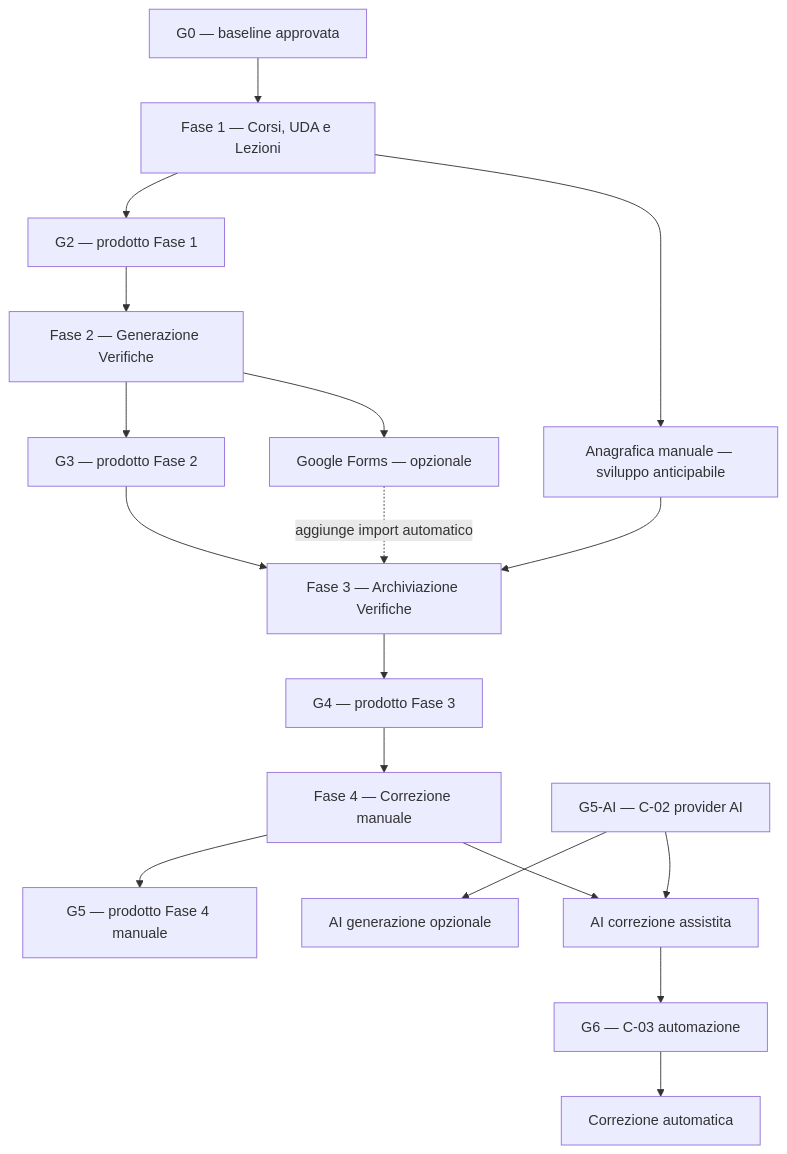
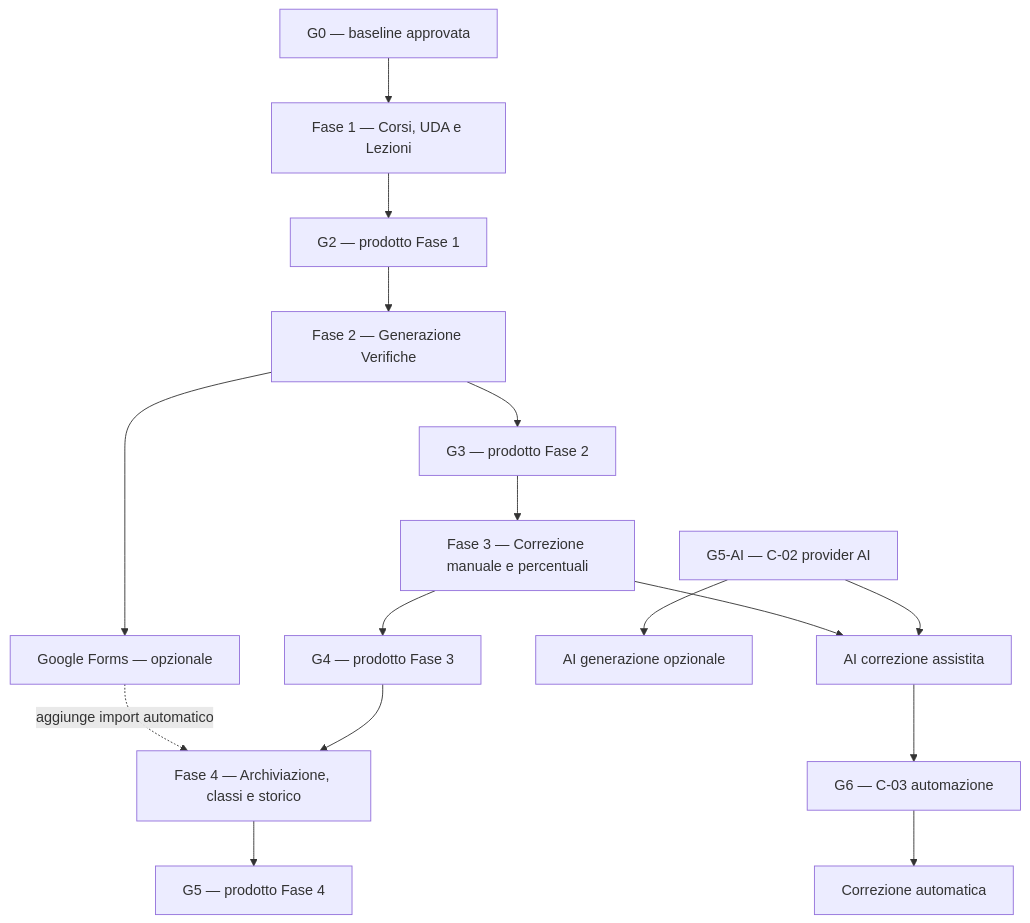
Before and after one commit to EnricoPaparo/SchoolForge: the diagram in documentazione/piano-implementazione.md, drawn with Mermaid. The commit also changed other lines of this file and 4 other files, not shown here.

First line of the commit message:
docs: rimuovi pre-registrazione studenti e riordina roadmap a 5 moduli

````diff
--- a/documentazione/piano-implementazione.md
+++ b/documentazione/piano-implementazione.md
@@ -106,22 +105,20 @@
 ```mermaid
 flowchart TD
     G0["G0 — baseline approvata"] --> P1["Fase 1 — Corsi, UDA e Lezioni"]
     P1 --> G2["G2 — prodotto Fase 1"]
     G2 --> P2["Fase 2 — Generazione Verifiche"]
     P2 --> G3["G3 — prodotto Fase 2"]
-    G3 --> P3["Fase 3 — Archiviazione Verifiche"]
+    G3 --> P3["Fase 3 — Correzione manuale e percentuali"]
     P3 --> G4["G4 — prodotto Fase 3"]
-    G4 --> P4["Fase 4 — Correzione manuale"]
-    P4 --> G5["G5 — prodotto Fase 4 manuale"]
+    G4 --> P4["Fase 4 — Archiviazione, classi e storico"]
+    P4 --> G5["G5 — prodotto Fase 4"]
 
-    P1 --> R["Anagrafica manuale — sviluppo anticipabile"]
-    R --> P3
     P2 --> GF["Google Forms — opzionale"]
-    GF -. "aggiunge import automatico" .-> P3
+    GF -. "aggiunge import automatico" .-> P4
 
     G5AI["G5-AI — C-02 provider AI"] --> AIQ["AI generazione opzionale"]
     G5AI --> AIC["AI correzione assistita"]
-    P4 --> AIC
+    P3 --> AIC
     AIC --> G6["G6 — C-03 automazione"]
     G6 --> AIA["Correzione automatica"]
 ```
````
